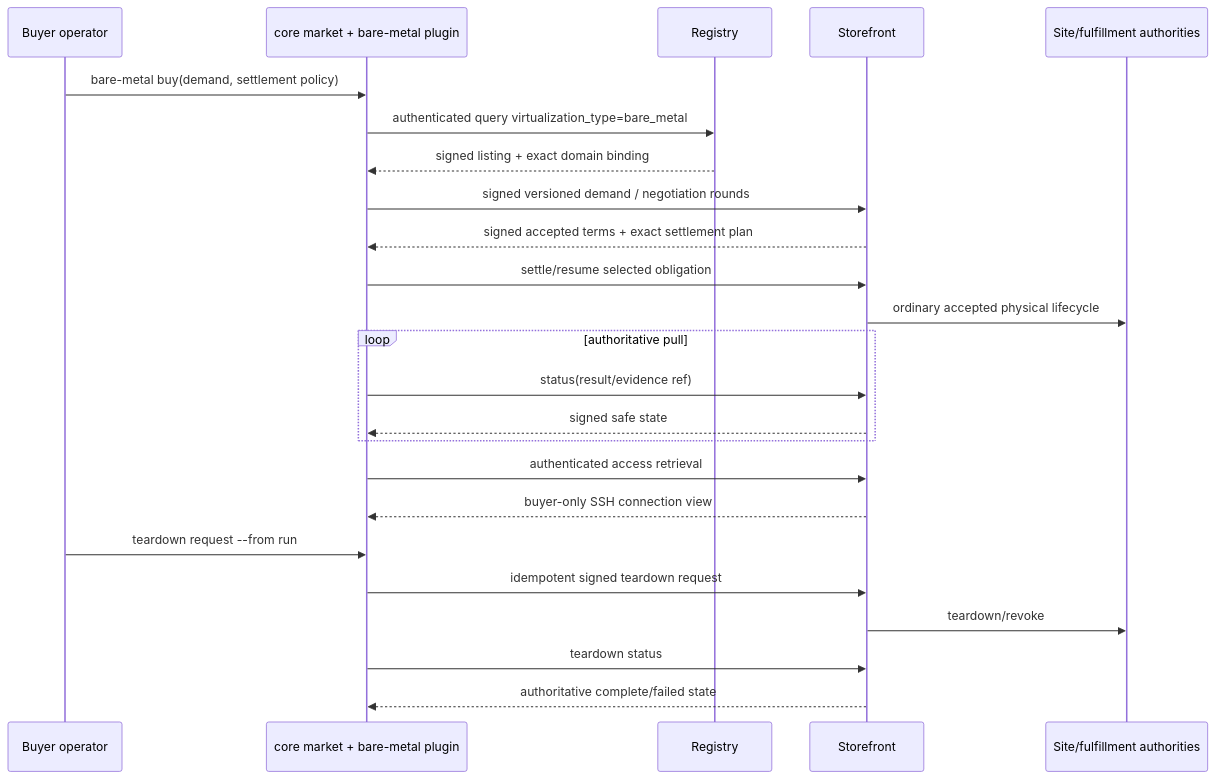
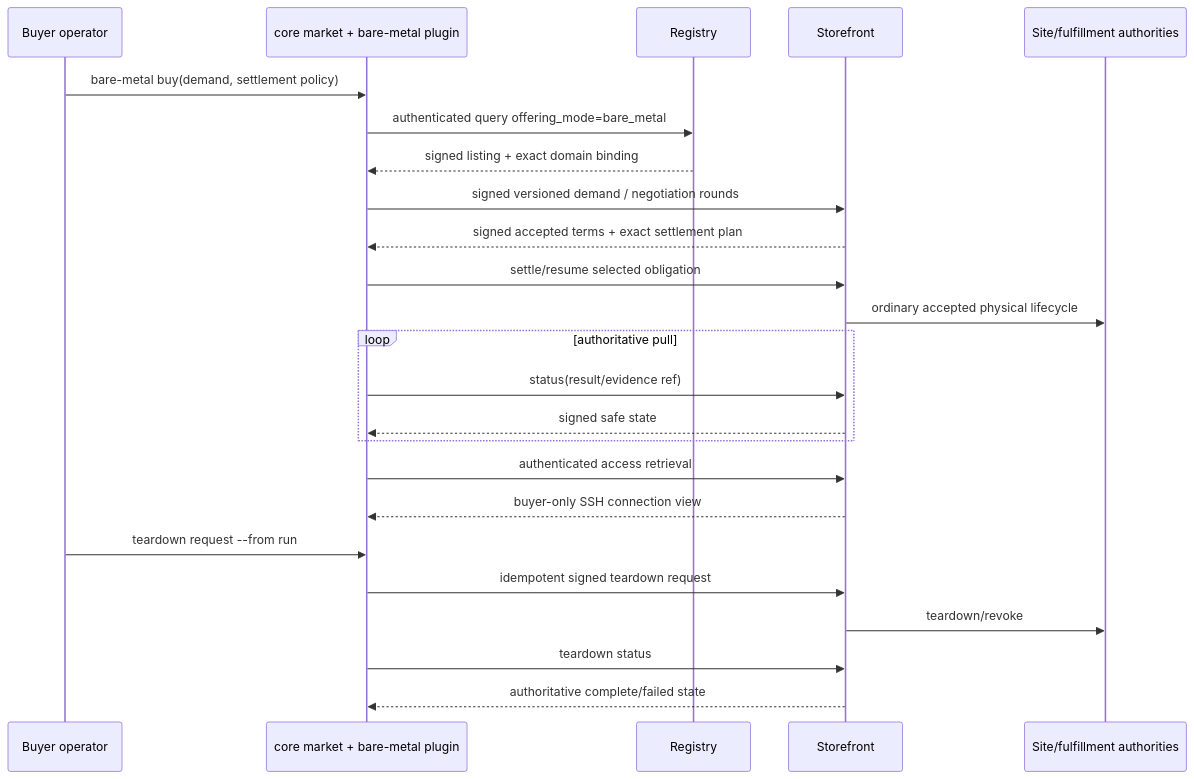
The diagram in openspec/changes/bare-metal-buyer-domain/design.md (arkhai-io/simple-compute-market), drawn with Mermaid before and after one commit. The commit also changed other lines of this file and 333 other files, not shown here.

````diff
--- a/openspec/changes/bare-metal-buyer-domain/design.md
+++ b/openspec/changes/bare-metal-buyer-domain/design.md
@@ -179,27 +179,27 @@
 ```mermaid
 sequenceDiagram
     participant U as Buyer operator
     participant M as core market + bare-metal plugin
     participant R as Registry
     participant S as Storefront
     participant F as Site/fulfillment authorities
 
     U->>M: bare-metal buy(demand, settlement policy)
-    M->>R: authenticated query virtualization_type=bare_metal
+    M->>R: authenticated query offering_mode=bare_metal
     R-->>M: signed listing + exact domain binding
     M->>S: signed versioned demand / negotiation rounds
     S-->>M: signed accepted terms + exact settlement plan
     M->>S: settle/resume selected obligation
     S->>F: ordinary accepted physical lifecycle
     loop authoritative pull
         M->>S: status(result/evidence ref)
         S-->>M: signed safe state
     end
     M->>S: authenticated access retrieval
     S-->>M: buyer-only SSH connection view
     U->>M: teardown request --from run
     M->>S: idempotent signed teardown request
     S->>F: teardown/revoke
     M->>S: teardown status
     S-->>M: authoritative complete/failed state
 ```
````
